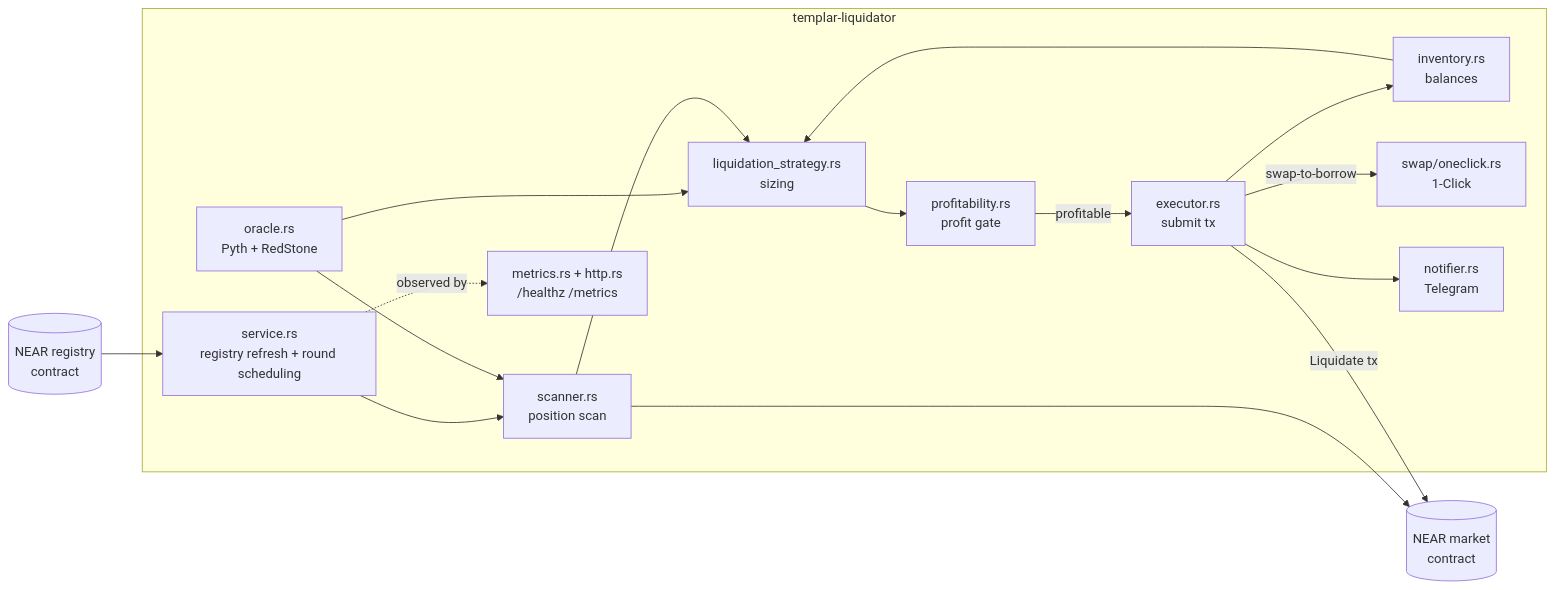
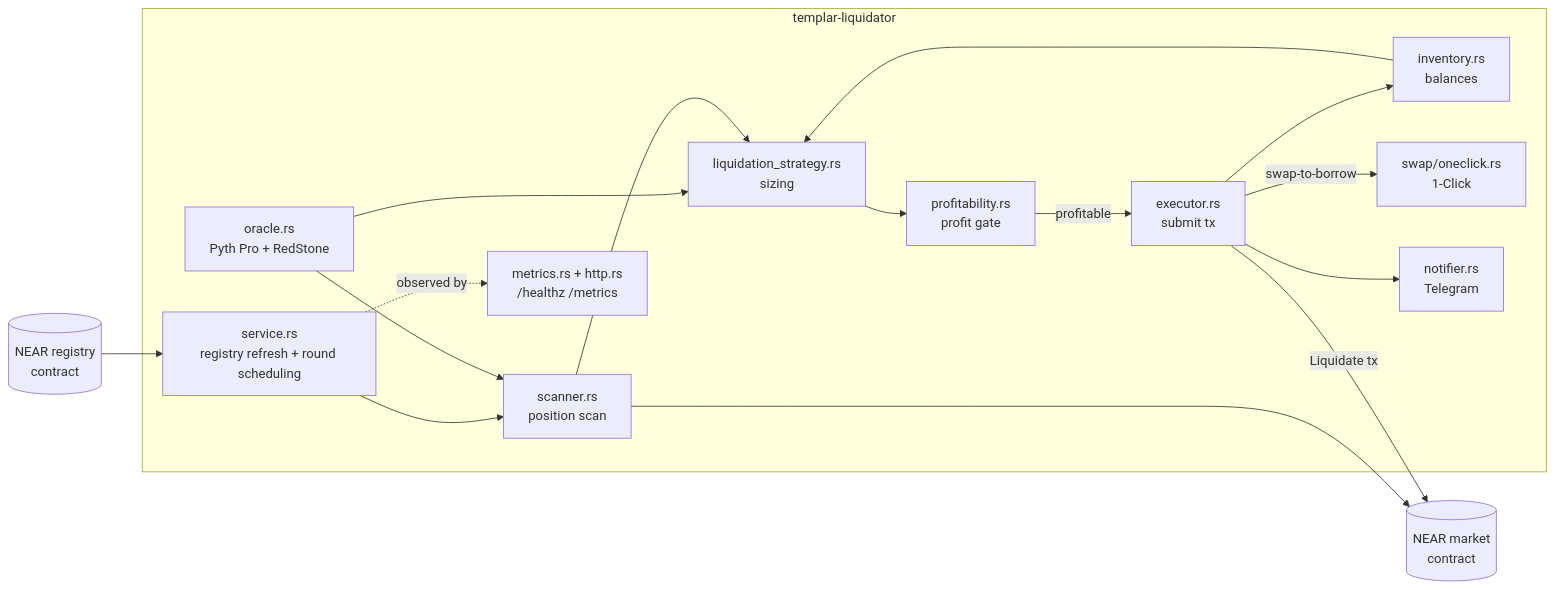
One commit to Templar-Protocol/templar-liquidator changed the diagram in README.md. Above: the diagram before and after it, drawn with Mermaid. The commit also changed other lines of this file and 13 other files, not shown here.

First line of the commit message:
Pyth Pro on-chain push; Hermes dropped; scan prices off-chain only (#48)

````diff
--- a/README.md
+++ b/README.md
@@ -116,23 +116,23 @@
 ```mermaid
 flowchart LR
     Registry[("NEAR registry<br/>contract")] --> Service
     Market[("NEAR market<br/>contract")]
 
     subgraph Bot["templar-liquidator"]
         Service["service.rs<br/>registry refresh + round scheduling"] --> Scanner["scanner.rs<br/>position scan"]
-        Oracle["oracle.rs<br/>Pyth + RedStone"] --> Scanner
+        Oracle["oracle.rs<br/>Pyth Pro + RedStone"] --> Scanner
         Oracle --> Strategy
         Scanner --> Strategy["liquidation_strategy.rs<br/>sizing"]
         Inventory["inventory.rs<br/>balances"] --> Strategy
         Strategy --> Profitability["profitability.rs<br/>profit gate"]
         Profitability -->|profitable| Executor["executor.rs<br/>submit tx"]
         Executor --> Inventory
         Executor -->|swap-to-borrow| Swap["swap/oneclick.rs<br/>1-Click"]
         Executor --> Notifier["notifier.rs<br/>Telegram"]
         Metrics["metrics.rs + http.rs<br/>/healthz /metrics"]
     end
 
     Scanner --> Market
     Executor -->|Liquidate tx| Market
     Service -.observed by.-> Metrics
 ```
````
